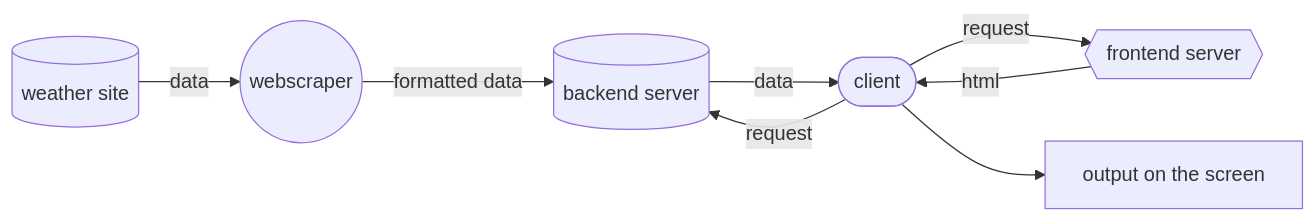
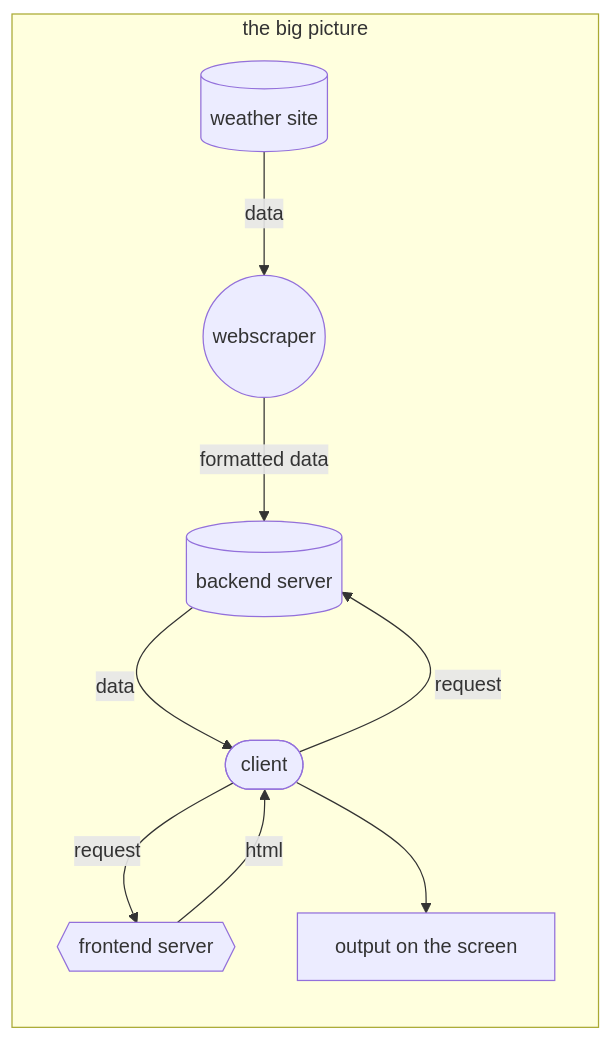
Before and after one commit to jensthebrogrammer/weather_site: the diagram in testing/prototype_flowchart.md, drawn with Mermaid. The commit also changed 1 other file, not shown here.

Commit message:
made the first part of the webscraper. added the use_driver func the get_daily_forecast func. and I put it in a class. I did not finish the forecast func yet. I still need to format the data

````diff
--- a/testing/prototype_flowchart.md
+++ b/testing/prototype_flowchart.md
@@ -1,17 +1,18 @@
 ```mermaid
   flowchart LR
-    A[("weather site")] -- data --> B(("webscraper"))
-
-    B -- "formatted data" --> C[("backend server")]
-
-    C -- data --> E
-
-    D{{"frontend server </>"}} -- html --> E(["client"])
-
-    E -- request --> C
-      E -- request --> D
-      E --> F
-
-    F["output on the screen"]
-
+      subgraph the big picture
+        A[("weather site")] -- data --> B(("webscraper"))
+    
+        B -- "formatted data" --> C[("backend server")]
+    
+        C -- data --> E
+    
+        D{{"frontend server </>"}} -- html --> E(["client"])
+    
+        E -- request --> C
+          E -- request --> D
+          E --> F
+    
+        F["output on the screen"]
+        end
 ```
````
